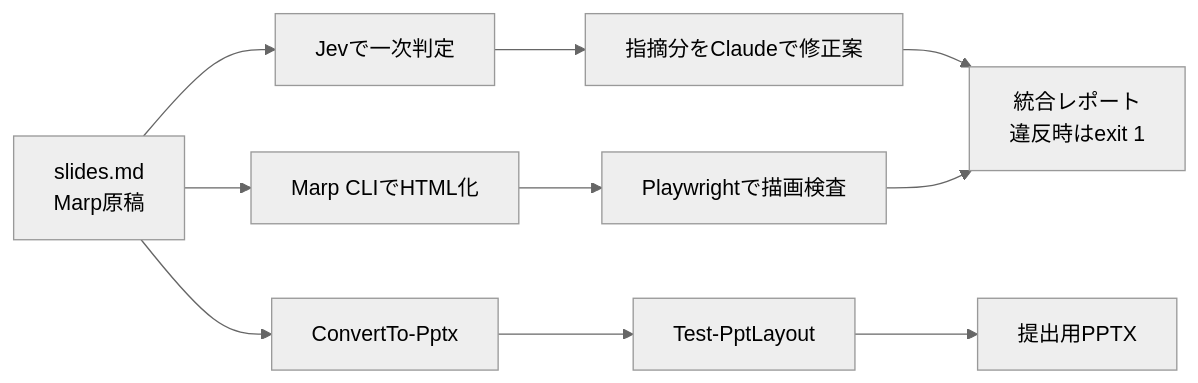
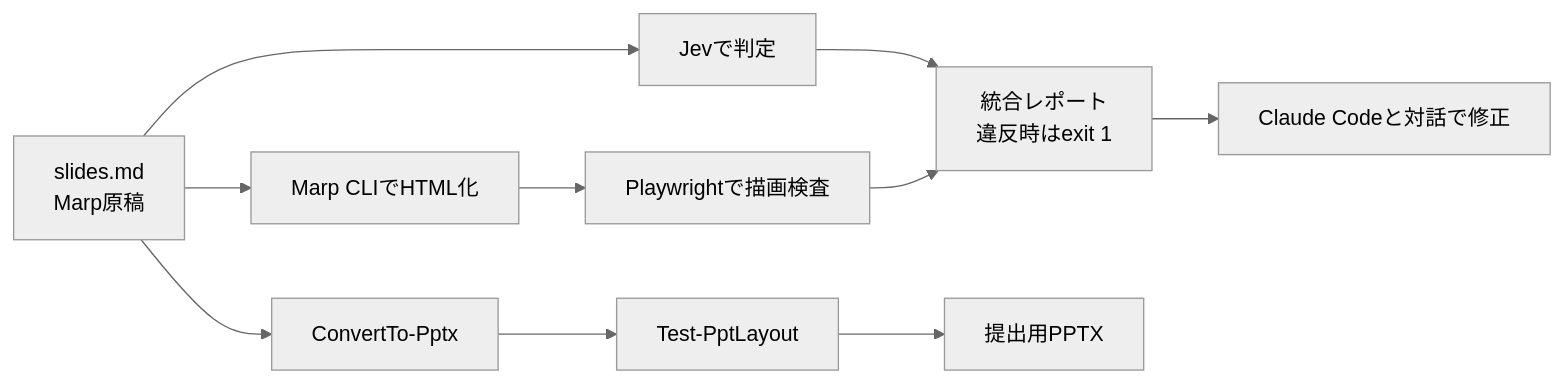
The diagram in docs/requirements.md (ogane0112/ganesya-slide-repo), drawn with Mermaid (neutral theme) before and after one commit. The commit also changed other lines of this file and 2 other files, not shown here.

First line of the commit message:
Claude APIを使わない方針に変更

````diff
--- a/docs/requirements.md
+++ b/docs/requirements.md
@@ -123,6 +123,6 @@
 ```mermaid
 flowchart LR
-  src["slides.md<br/>Marp原稿"] --> jev["Jevで一次判定"] --> llm["指摘分をClaudeで修正案"] --> rep["統合レポート<br/>違反時はexit 1"]
+  src["slides.md<br/>Marp原稿"] --> jev["Jevで判定"] --> rep["統合レポート<br/>違反時はexit 1"] --> fix["Claude Codeと対話で修正"]
   src --> build["Marp CLIでHTML化"] --> lay["Playwrightで描画検査"] --> rep
   src --> conv["ConvertTo-Pptx"] --> pchk["Test-PptLayout"] --> pptx["提出用PPTX"]
 ```
````
